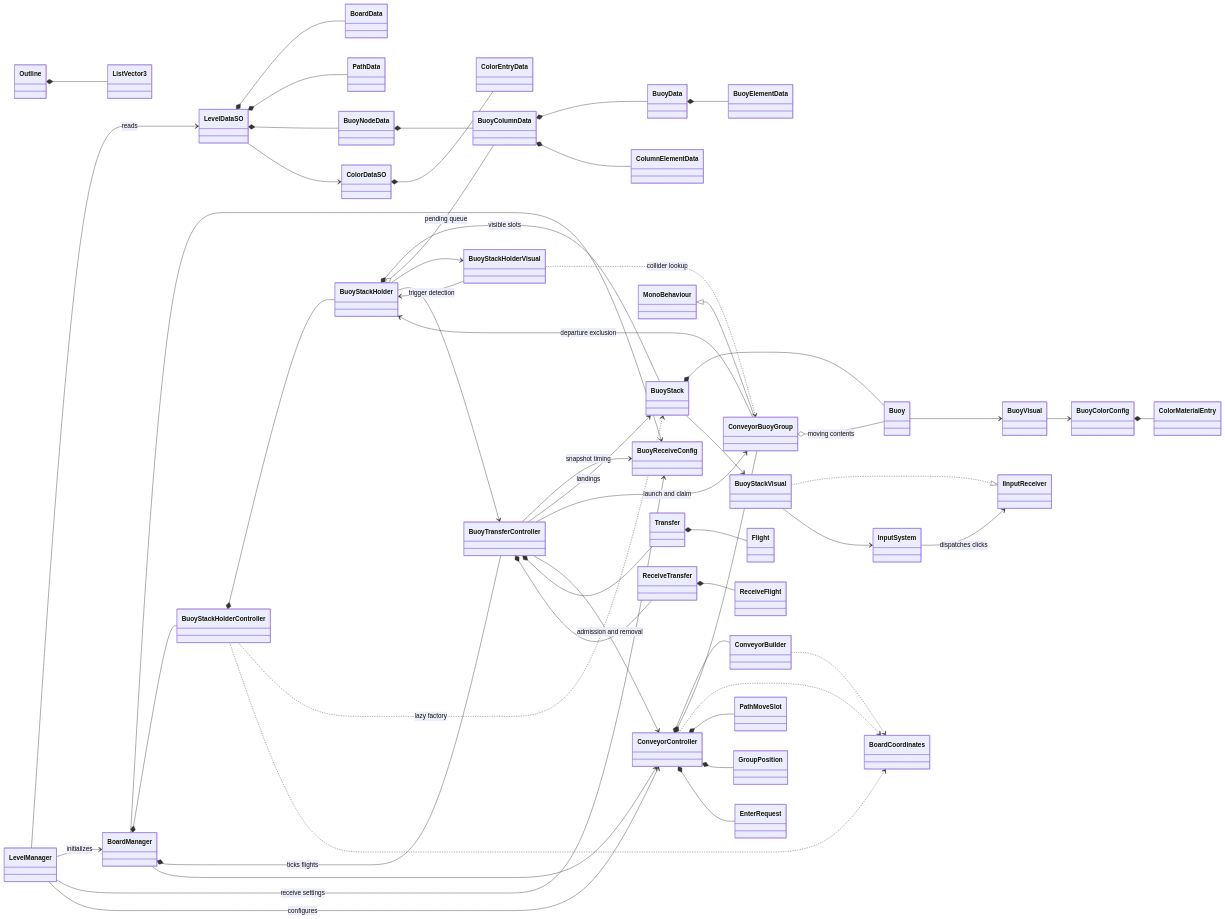
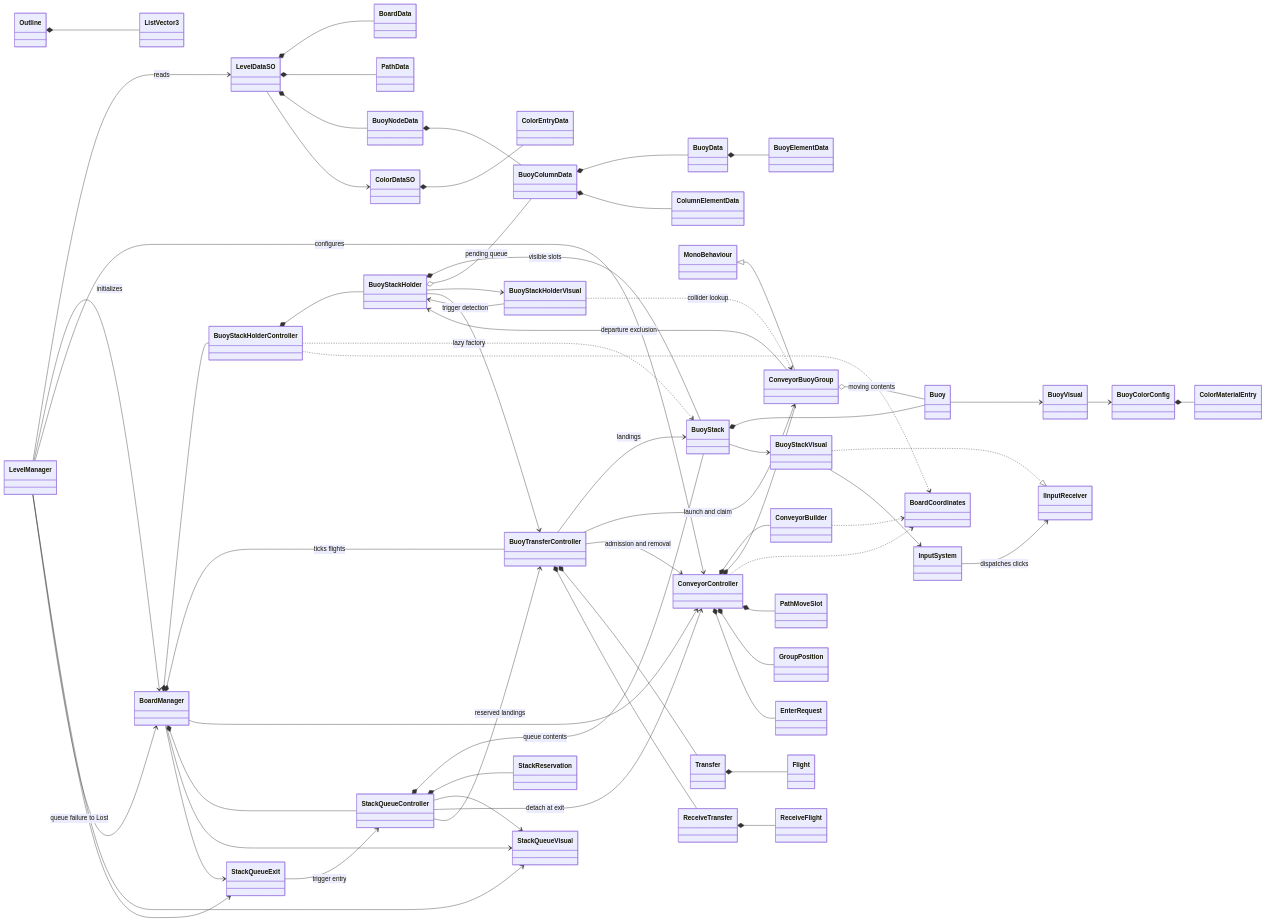
The diagram in Docs/ClassDiagram-Overview.mmd (nchuoi2443/WaterConveyorSort), drawn with Mermaid before and after one commit. The commit also changed 34 other files, not shown here.

```diff
--- a/Docs/ClassDiagram-Overview.mmd
+++ b/Docs/ClassDiagram-Overview.mmd
@@ -1,55 +1,64 @@
 classDiagram
 direction LR
 LevelManager --> LevelDataSO : reads
 LevelManager --> BoardManager : initializes
-LevelManager --> BuoyReceiveConfig : receive settings
-BoardManager --> BuoyReceiveConfig
-BuoyTransferController --> BuoyReceiveConfig : snapshot timing
 LevelManager --> ConveyorController : configures
 BoardManager *-- BuoyStackHolderController
 BoardManager *-- BuoyTransferController : ticks flights
 BoardManager --> ConveyorController
+BoardManager *-- StackQueueController
+BoardManager --> StackQueueVisual
+BoardManager --> StackQueueExit
+LevelManager --> StackQueueVisual
+LevelManager --> StackQueueExit
+LevelManager --> BoardManager : queue failure to Lost
+StackQueueController *-- BuoyStack : queue contents
+StackQueueController *-- StackReservation
+StackQueueController --> StackQueueVisual
+StackQueueController --> ConveyorController : detach at exit
+StackQueueController --> BuoyTransferController : reserved landings
+StackQueueExit --> StackQueueController : trigger entry
 BuoyStackHolderController *-- BuoyStackHolder
 BuoyStackHolderController ..> BuoyStack : lazy factory
 BuoyStackHolder *-- BuoyStack : visible slots
 BuoyStackHolder o-- BuoyColumnData : pending queue
 BuoyStackHolder --> BuoyStackHolderVisual
 BuoyStackHolderVisual --> BuoyStackHolder : trigger detection
 BuoyStackHolderVisual ..> ConveyorBuoyGroup : collider lookup
 BuoyStackHolder --> BuoyTransferController
 BuoyStack *-- Buoy
 BuoyStack --> BuoyStackVisual
 Buoy --> BuoyVisual
 BuoyVisual --> BuoyColorConfig
 BuoyStackVisual ..|> IInputReceiver
 BuoyStackVisual --> InputSystem
 InputSystem --> IInputReceiver : dispatches clicks
 ConveyorController *-- ConveyorBuilder
 ConveyorController *-- ConveyorBuoyGroup
 MonoBehaviour <|-- ConveyorBuoyGroup
 ConveyorBuoyGroup o-- Buoy : moving contents
 ConveyorBuoyGroup --> BuoyStackHolder : departure exclusion
 BuoyTransferController --> BuoyStack : landings
 BuoyTransferController --> ConveyorBuoyGroup : launch and claim
 BuoyTransferController --> ConveyorController : admission and removal
 ConveyorBuilder ..> BoardCoordinates
 ConveyorController ..> BoardCoordinates
 BuoyStackHolderController ..> BoardCoordinates
 LevelDataSO *-- BoardData
 LevelDataSO *-- PathData
 LevelDataSO *-- BuoyNodeData
 LevelDataSO --> ColorDataSO
 BuoyNodeData *-- BuoyColumnData
 BuoyColumnData *-- BuoyData
 BuoyColumnData *-- ColumnElementData
 BuoyData *-- BuoyElementData
 ColorDataSO *-- ColorEntryData
 BuoyColorConfig *-- ColorMaterialEntry
 BuoyTransferController *-- Transfer
 BuoyTransferController *-- ReceiveTransfer
 Transfer *-- Flight
 ReceiveTransfer *-- ReceiveFlight
 ConveyorController *-- PathMoveSlot
 ConveyorController *-- GroupPosition
 ConveyorController *-- EnterRequest
 Outline *-- ListVector3
```
